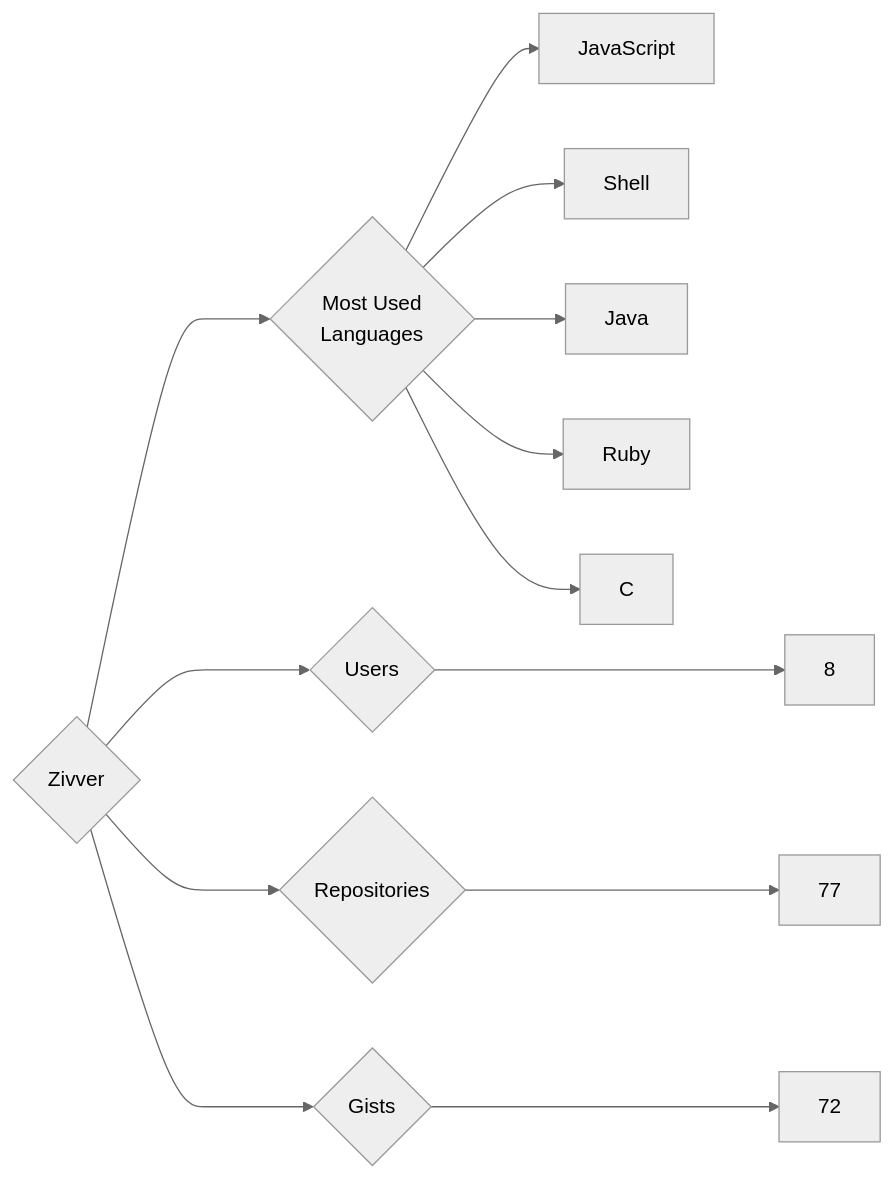
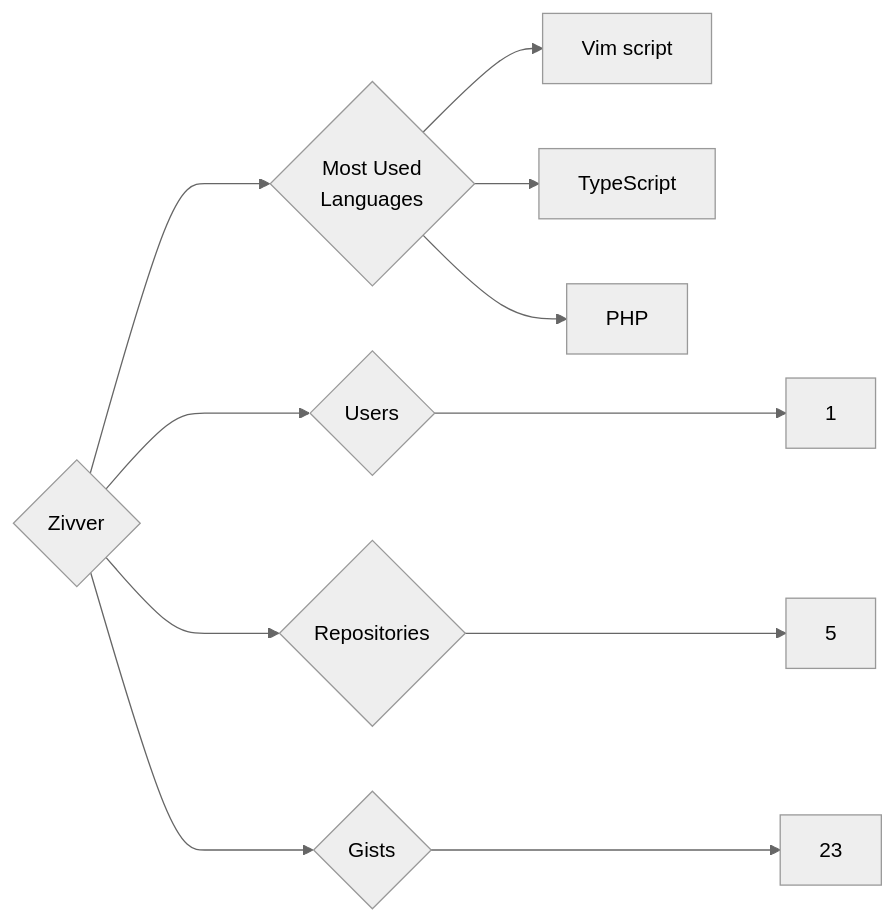
The diagram in targets/Zivver/README.md (trickest/insiders), drawn with Mermaid (neutral theme) before and after one commit. The commit also changed 1011 other files, not shown here.

````diff
--- a/targets/Zivver/README.md
+++ b/targets/Zivver/README.md
@@ -3,13 +3,11 @@
 ```mermaid
 graph LR
 COMPANY_NAME{Zivver}
-COMPANY_NAME ---> U{Users} ---> UN[8]
-COMPANY_NAME ---> R{Repositories} ---> RN[77]
-COMPANY_NAME ---> G{Gists} ---> GN[72]
+COMPANY_NAME ---> U{Users} ---> UN[1]
+COMPANY_NAME ---> R{Repositories} ---> RN[5]
+COMPANY_NAME ---> G{Gists} ---> GN[23]
 COMPANY_NAME ---> ML{Most Used<br>Languages}
-ML --> JavaScript[JavaScript]
-ML --> Shell[Shell]
-ML --> Java[Java]
-ML --> Ruby[Ruby]
-ML --> C[C]
+ML --> Vim_script[Vim script]
+ML --> TypeScript[TypeScript]
+ML --> PHP[PHP]
 ```
````
